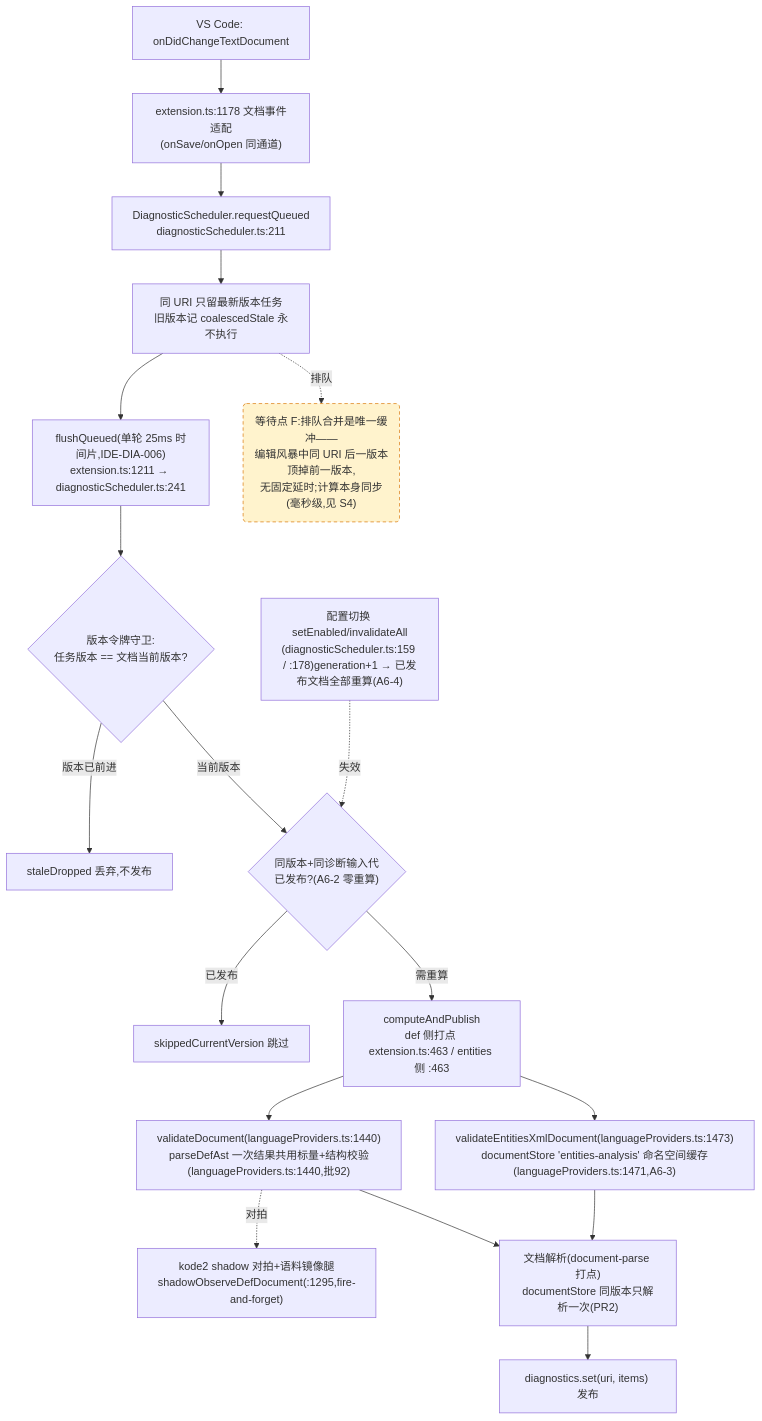
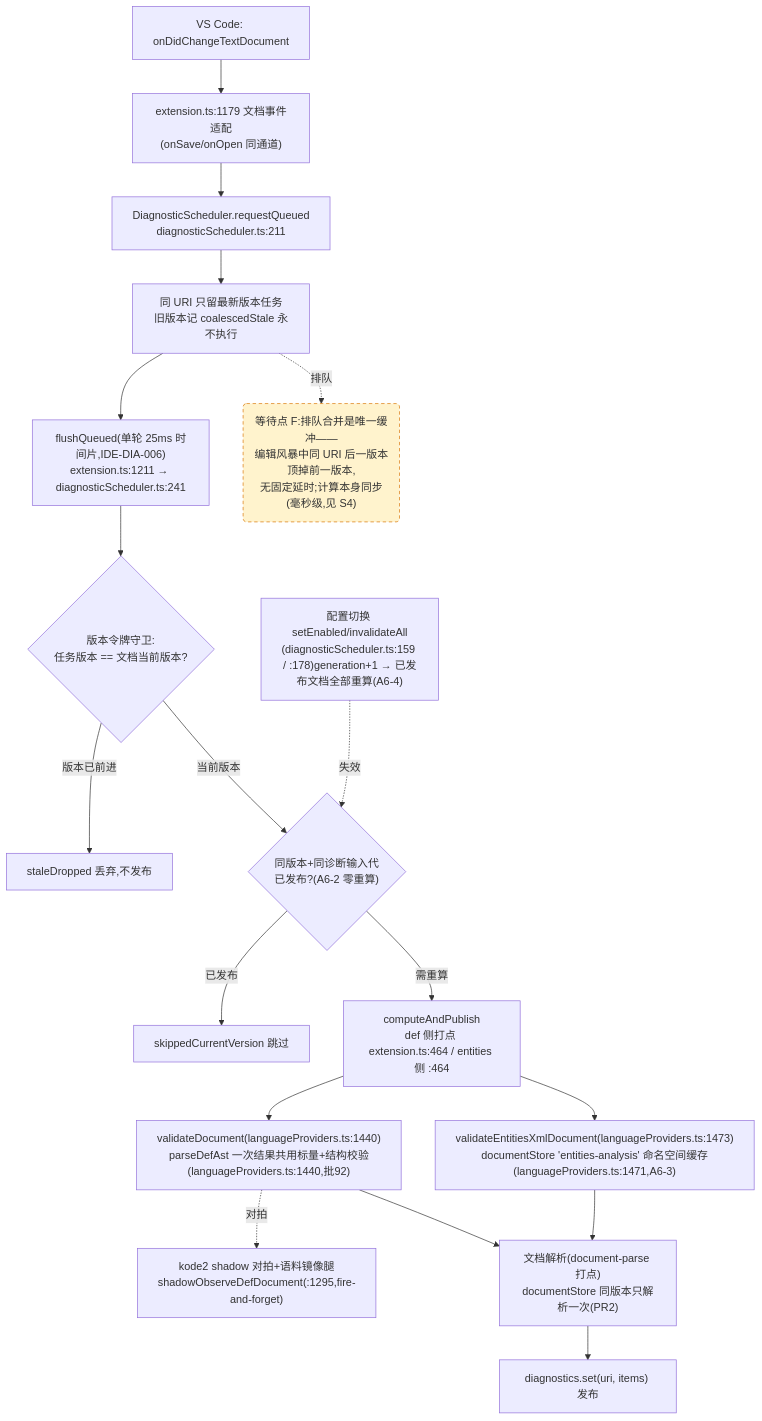
The fourth of 4 diagrams in docs/perf/2026-baseline.md (cuihairu/kode), drawn with Mermaid before and after one commit. The commit also changed other lines of this file and 14 other files, not shown here.

````diff
--- a/docs/perf/2026-baseline.md
+++ b/docs/perf/2026-baseline.md
@@ -214,38 +214,38 @@
 ```mermaid
 flowchart TD
   CHG["VS Code: onDidChangeTextDocument"]
-  WATCH["extension.ts:1178 文档事件适配<br/>(onSave/onOpen 同通道)"]
+  WATCH["extension.ts:1179 文档事件适配<br/>(onSave/onOpen 同通道)"]
   RQ["DiagnosticScheduler.requestQueued<br/>diagnosticScheduler.ts:211"]
   CO["同 URI 只留最新版本任务<br/>旧版本记 coalescedStale 永不执行"]
   FL["flushQueued(单轮 25ms 时间片,IDE-DIA-006)<br/>extension.ts:1211 → diagnosticScheduler.ts:241"]
   VG{"版本令牌守卫:<br/>任务版本 == 文档当前版本?"}
   DROP["staleDropped 丢弃,不发布"]
   GEN{"同版本+同诊断输入代<br/>已发布?(A6-2 零重算)"}
   SKIP["skippedCurrentVersion 跳过"]
-  CALC["computeAndPublish<br/>def 侧打点 extension.ts:463 / entities 侧 :463"]
+  CALC["computeAndPublish<br/>def 侧打点 extension.ts:464 / entities 侧 :464"]
   VD["validateDocument(languageProviders.ts:1440)<br/>parseDefAst 一次结果共用标量+结构校验(languageProviders.ts:1440,批92)"]
   VEX["validateEntitiesXmlDocument(languageProviders.ts:1473)<br/>documentStore 'entities-analysis' 命名空间缓存(languageProviders.ts:1471,A6-3)"]
   SHDD["kode2 shadow 对拍+语料镜像腿<br/>shadowObserveDefDocument(:1295,fire-and-forget)"]
   DS["文档解析(document-parse 打点)<br/>documentStore 同版本只解析一次(PR2)"]
   PUB["diagnostics.set(uri, items) 发布"]
   CFG2["配置切换 setEnabled/invalidateAll<br/>(diagnosticScheduler.ts:159 / :178)generation+1 → 已发布文档全部重算(A6-4)"]
 
   CHG --> WATCH --> RQ --> CO --> FL --> VG
   VG -- "版本已前进" --> DROP
   VG -- "当前版本" --> GEN
   GEN -- "已发布" --> SKIP
   GEN -- "需重算" --> CALC
   CALC --> VD
   CALC --> VEX
   VD --> DS
   VEX --> DS
   DS --> PUB
   VD -.->|对拍| SHDD
   CFG2 -.->|失效| GEN
 
   WAITF("等待点 F:排队合并是唯一缓冲——<br/>编辑风暴中同 URI 后一版本顶掉前一版本,<br/>无固定延时;计算本身同步(毫秒级,见 S4)")
   CO -.->|排队| WAITF
 
   classDef waitPoint fill:#fff3cd,stroke:#d97706,stroke-dasharray:5 4;
   class WAITF waitPoint;
 ```
````
